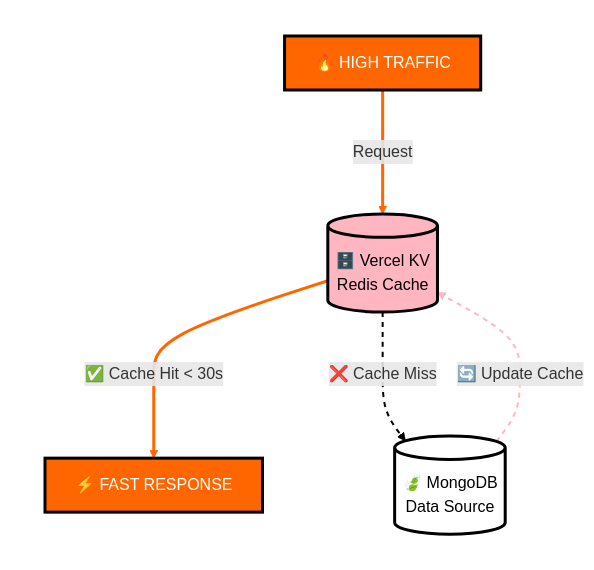
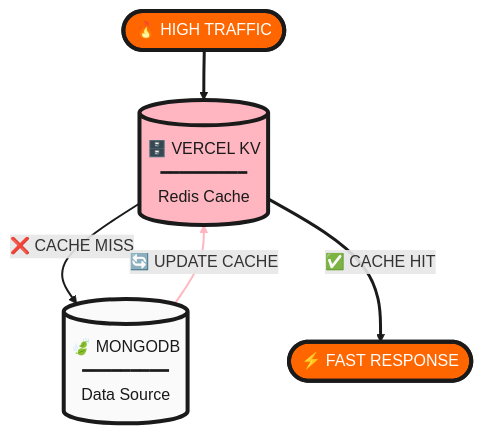
Before and after one commit to SujalAgrawal08/SahayakX: the second of 2 diagrams in README.md, drawn with Mermaid.

````diff
--- a/README.md
+++ b/README.md
@@ -223,38 +223,25 @@
 ```mermaid
-flowchart TD
-    subgraph INPUT[" "]
-        A[🔥 HIGH TRAFFIC]
-    end
+flowchart TB
+    A([🔥 HIGH TRAFFIC])
     
-    subgraph CACHE[" "]
-        B[(🗄️ Vercel KV<br/>Redis Cache)]
-    end
+    B[(🗄️ VERCEL KV<br/>━━━━━━━━━<br/>Redis Cache)]
     
-    subgraph DATABASE[" "]
-        C[(🍃 MongoDB<br/>Data Source)]
-    end
+    C[(🍃 MONGODB<br/>━━━━━━━━━<br/>Data Source)]
     
-    subgraph OUTPUT[" "]
-        D[⚡ FAST RESPONSE]
-    end
+    D([⚡ FAST RESPONSE])
 
-    A ==>|"Request"| B
-    B -.->|"❌ Cache Miss"| C
-    C -.->|"🔄 Update Cache"| B
-    B ==>|"✅ Cache Hit < 30s"| D
+    A --> B
+    B -->|"❌ CACHE MISS"| C
+    C -->|"🔄 UPDATE CACHE"| B
+    B -->|"✅ CACHE HIT"| D
 
-    style A fill:#FF6600,stroke:#000000,color:#FFFFFF,stroke-width:3px
-    style B fill:#FFB6C1,stroke:#000000,color:#000000,stroke-width:3px
-    style C fill:#FFFFFF,stroke:#000000,color:#000000,stroke-width:3px
-    style D fill:#FF6600,stroke:#000000,color:#FFFFFF,stroke-width:3px
-    
-    style INPUT fill:none,stroke:none
-    style CACHE fill:none,stroke:none
-    style DATABASE fill:none,stroke:none
-    style OUTPUT fill:none,stroke:none
+    style A fill:#FF6600,stroke:#1a1a1a,color:#FFFFFF,stroke-width:4px
+    style B fill:#FFB6C1,stroke:#1a1a1a,color:#1a1a1a,stroke-width:4px
+    style C fill:#FAFAFA,stroke:#1a1a1a,color:#1a1a1a,stroke-width:4px
+    style D fill:#FF6600,stroke:#1a1a1a,color:#FFFFFF,stroke-width:4px
 
-    linkStyle 0 stroke:#FF6600,stroke-width:3px
-    linkStyle 1 stroke:#000000,stroke-width:2px,stroke-dasharray:5
-    linkStyle 2 stroke:#FFB6C1,stroke-width:2px,stroke-dasharray:5
-    linkStyle 3 stroke:#FF6600,stroke-width:3px
+    linkStyle 0 stroke:#1a1a1a,stroke-width:3px
+    linkStyle 1 stroke:#1a1a1a,stroke-width:2px
+    linkStyle 2 stroke:#FFB6C1,stroke-width:2px
+    linkStyle 3 stroke:#1a1a1a,stroke-width:3px
 ```
````
